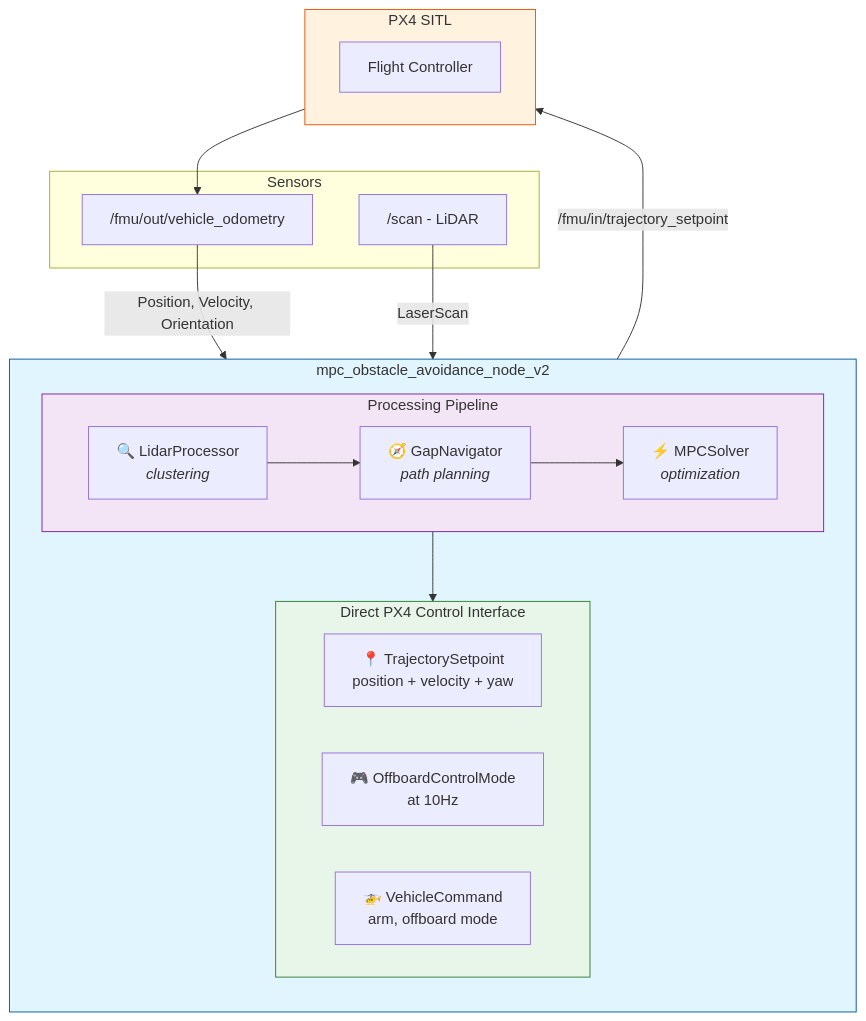
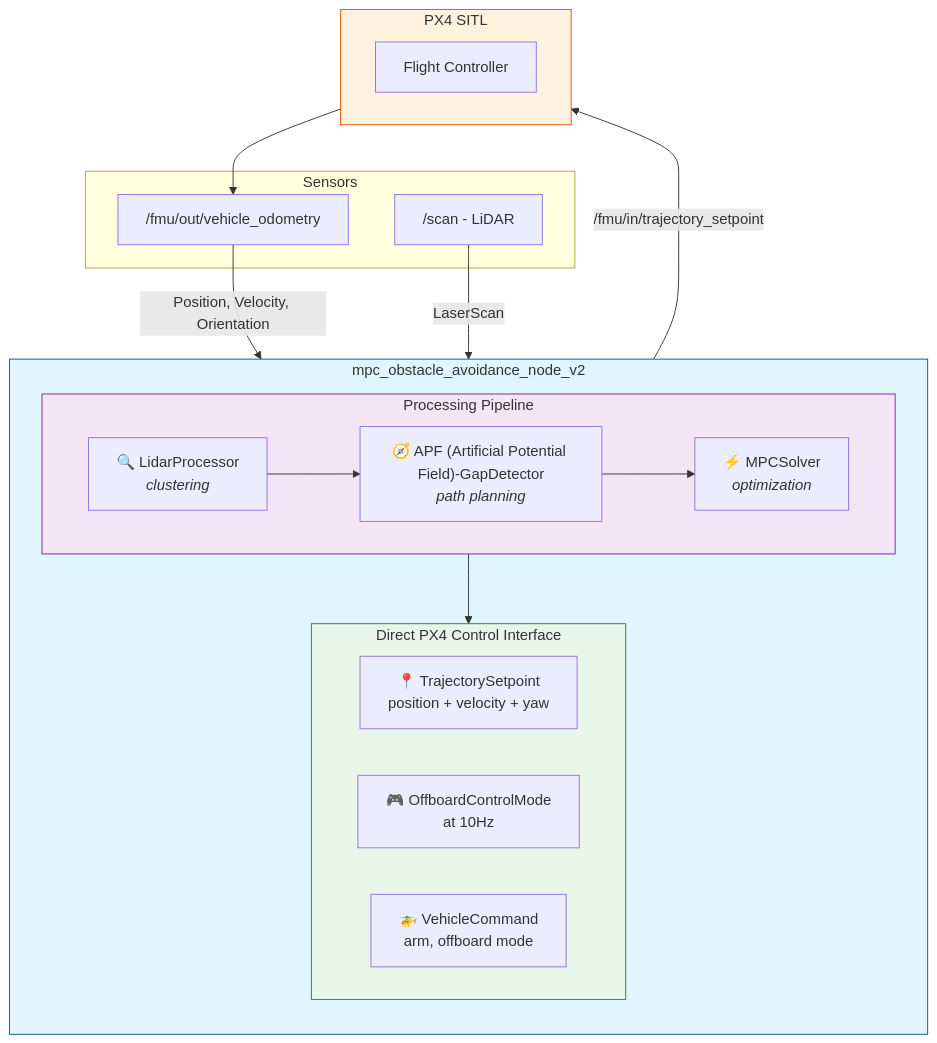
The diagram in README.md (Relo02/Drone-optimal-trajectory), drawn with Mermaid before and after one commit.

Commit message:
Update GapNavigator description in README

````diff
--- a/README.md
+++ b/README.md
@@ -39,41 +39,41 @@
 ```mermaid
 flowchart TB
     subgraph node["mpc_obstacle_avoidance_node_v2"]
         direction TB
         
         subgraph processing["Processing Pipeline"]
             direction LR
             LP["🔍 LidarProcessor<br/><i>clustering</i>"]
-            GN["🧭 GapNavigator<br/><i>path planning</i>"]
+            GN["🧭 APF (Artificial Potential Field)-GapDetector<br/><i>path planning</i>"]
             MPC["⚡ MPCSolver<br/><i>optimization</i>"]
             LP --> GN --> MPC
         end
         
         subgraph px4ctrl["Direct PX4 Control Interface"]
             TS["📍 TrajectorySetpoint<br/>position + velocity + yaw"]
             OCM["🎮 OffboardControlMode<br/>at 10Hz"]
             VC["🚁 VehicleCommand<br/>arm, offboard mode"]
         end
         
         processing --> px4ctrl
     end
     
     subgraph px4["PX4 SITL"]
         CTRL["Flight Controller"]
     end
     
     subgraph sensors["Sensors"]
         ODOM["/fmu/out/vehicle_odometry"]
         SCAN["/scan - LiDAR"]
     end
     
     node -->|"/fmu/in/trajectory_setpoint"| px4
     px4 --> ODOM
     ODOM -->|"Position, Velocity, Orientation"| node
     SCAN -->|"LaserScan"| node
 
     style node fill:#e1f5fe,stroke:#01579b
     style px4 fill:#fff3e0,stroke:#e65100
     style processing fill:#f3e5f5,stroke:#7b1fa2
     style px4ctrl fill:#e8f5e9,stroke:#2e7d32
 ```
````
